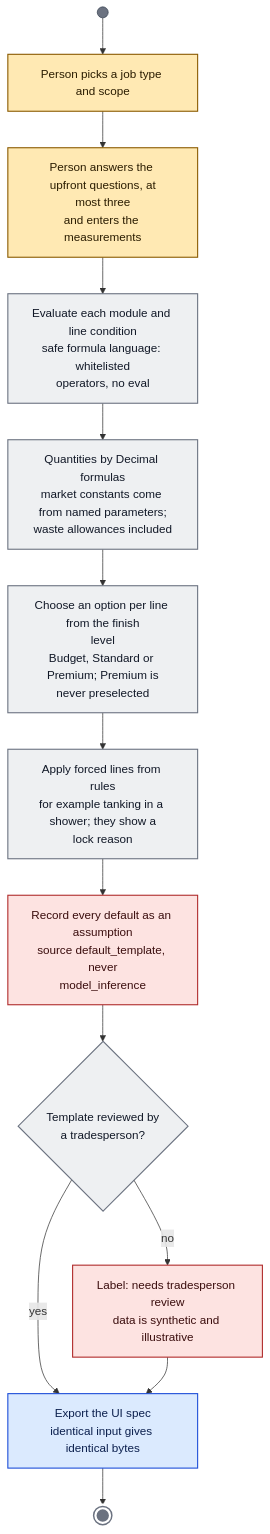
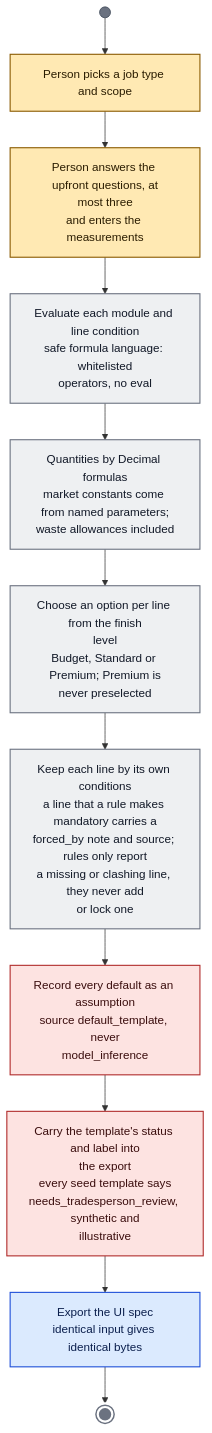
Before and after one commit to emre-akarsu/ai-commerce-ideas: diagram 18 of 33 in docs/architecture/activity-diagrams.md, drawn with Mermaid. The commit also changed other lines of this file, not shown here.

First line of the commit message:
docs: correct the activity diagrams after an independent fact-check of the remaining modules and optimizations

````diff
--- a/docs/architecture/activity-diagrams.md
+++ b/docs/architecture/activity-diagrams.md
@@ -661,23 +686,21 @@
 ```mermaid
 flowchart TB
 classDef human fill:#ffe9b3,stroke:#8a5a00,color:#2a1c00,stroke-width:1.5px
 classDef rule fill:#eef0f2,stroke:#6b7280,color:#111827,stroke-width:1.5px
 classDef ai fill:#e9e3ff,stroke:#5b3fc4,color:#1e1050,stroke-width:2.5px,stroke-dasharray:6 4
 classDef opt fill:#d8f3e4,stroke:#1b7a4a,color:#0b2e1b,stroke-width:1.5px
 classDef gate fill:#fde3e1,stroke:#b02b2b,color:#3a0d0d,stroke-width:1.5px
 classDef data fill:#dbeafe,stroke:#1d4ed8,color:#0b1f4d,stroke-width:1.5px
 classDef bar fill:#6b7280,stroke:#374151,color:#ffffff
 classDef fin fill:#6b7280,stroke:#ffffff,color:#ffffff,stroke-width:3px
 S((" ")):::bar --> k1["Person picks a job type and scope"]:::human
 k1 --> k2["Person answers the upfront questions, at<br/>most three<br/>and enters the measurements"]:::human
 k2 --> k3["Evaluate each module and line condition<br/>safe formula language: whitelisted<br/>operators, no eval"]:::rule
 k3 --> k4["Quantities by Decimal formulas<br/>market constants come from named parameters;<br/>waste allowances included"]:::rule
 k4 --> k5["Choose an option per line from the finish<br/>level<br/>Budget, Standard or Premium; Premium is<br/>never preselected"]:::rule
-k5 --> k6["Apply forced lines from rules<br/>for example tanking in a shower; they show a<br/>lock reason"]:::rule
+k5 --> k6["Keep each line by its own conditions<br/>a line that a rule makes mandatory carries a<br/>forced_by note and source; rules only report<br/>a missing or clashing line, they never add<br/>or lock one"]:::rule
 k6 --> k7["Record every default as an assumption<br/>source default_template, never<br/>model_inference"]:::gate
-k7 --> d1{"Template reviewed by<br/>a tradesperson?"}:::rule
-d1 -->|"no"| k8["Label: needs tradesperson review<br/>data is synthetic and illustrative"]:::gate
-d1 -->|"yes"| k9
+k7 --> k8["Carry the template's status and label into<br/>the export<br/>every seed template says<br/>needs_tradesperson_review, synthetic and<br/>illustrative"]:::gate
 k8 --> k9["Export the UI spec<br/>identical input gives identical bytes"]:::data
 k9 --> E(((" "))):::fin
 ```
````
